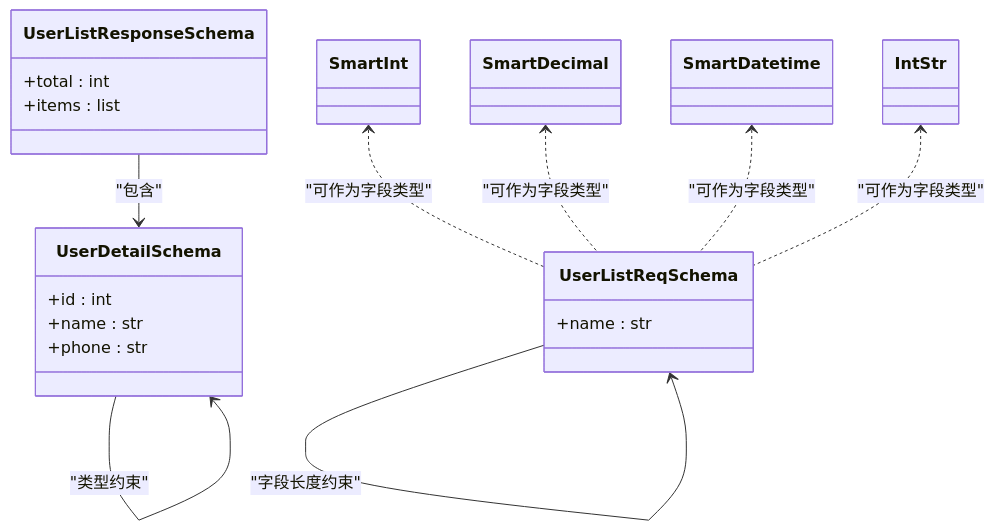
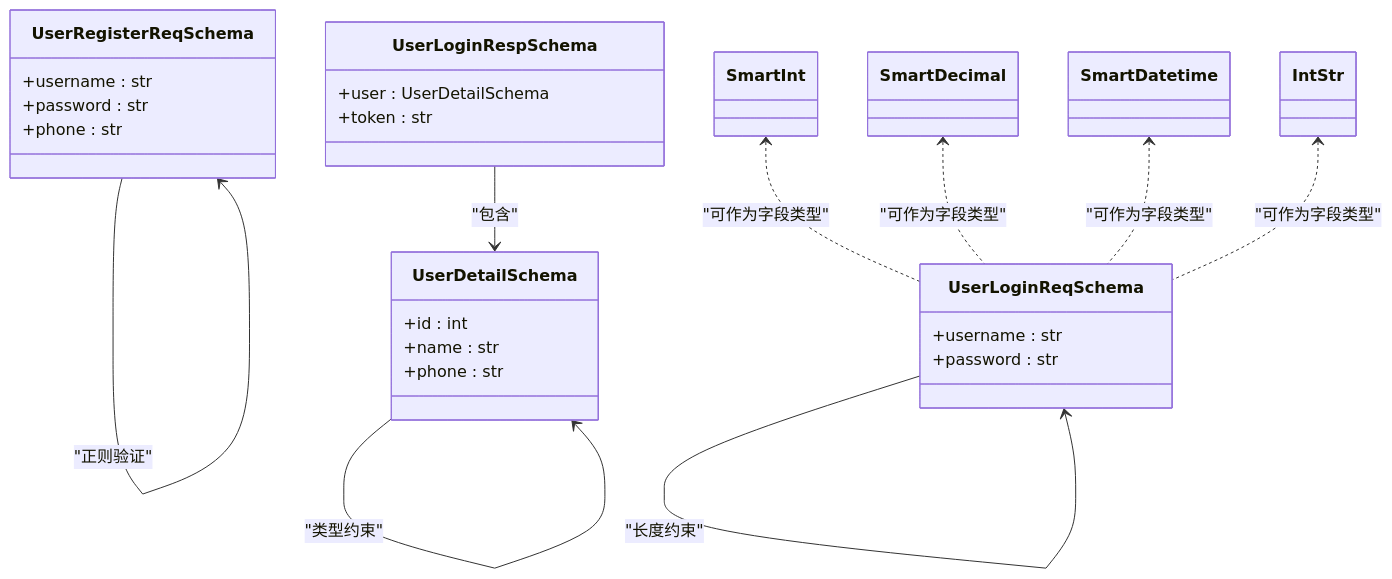
One commit to lilinzezzzzzz/fastapi-backend changed the third of 9 diagrams in .qoder/repowiki/zh/content/数据模型/数据验证规则.md. Above: the diagram before and after it, drawn with Mermaid. The commit also changed other lines of this file and 38 other files, not shown here.

````diff
--- a/.qoder/repowiki/zh/content/数据模型/数据验证规则.md
+++ b/.qoder/repowiki/zh/content/数据模型/数据验证规则.md
@@ -184,26 +229,33 @@
 ```mermaid
 classDiagram
-class UserListReqSchema {
-+name : str
+class UserLoginReqSchema {
++username : str
++password : str
+}
+class UserRegisterReqSchema {
++username : str
++password : str
++phone : str
+}
+class UserLoginRespSchema {
++user : UserDetailSchema
++token : str
 }
 class UserDetailSchema {
 +id : int
 +name : str
 +phone : str
 }
-class UserListResponseSchema {
-+total : int
-+items : list<UserDetailSchema>
-}
 class SmartInt
 class SmartDecimal
 class SmartDatetime
 class IntStr
-UserListReqSchema --> UserListReqSchema : "字段长度约束"
-UserListResponseSchema --> UserDetailSchema : "包含"
+UserLoginReqSchema --> UserLoginReqSchema : "长度约束"
+UserRegisterReqSchema --> UserRegisterReqSchema : "正则验证"
+UserLoginRespSchema --> UserDetailSchema : "包含"
 UserDetailSchema --> UserDetailSchema : "类型约束"
-SmartInt <.. UserListReqSchema : "可作为字段类型"
-SmartDecimal <.. UserListReqSchema : "可作为字段类型"
-SmartDatetime <.. UserListReqSchema : "可作为字段类型"
-IntStr <.. UserListReqSchema : "可作为字段类型"
+SmartInt <.. UserLoginReqSchema : "可作为字段类型"
+SmartDecimal <.. UserLoginReqSchema : "可作为字段类型"
+SmartDatetime <.. UserLoginReqSchema : "可作为字段类型"
+IntStr <.. UserLoginReqSchema : "可作为字段类型"
 ```
````
